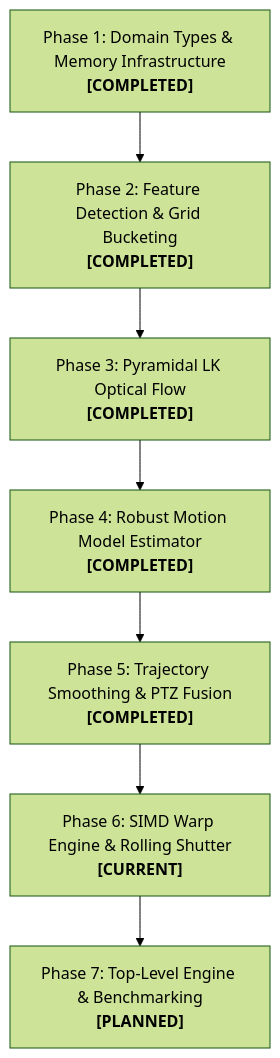
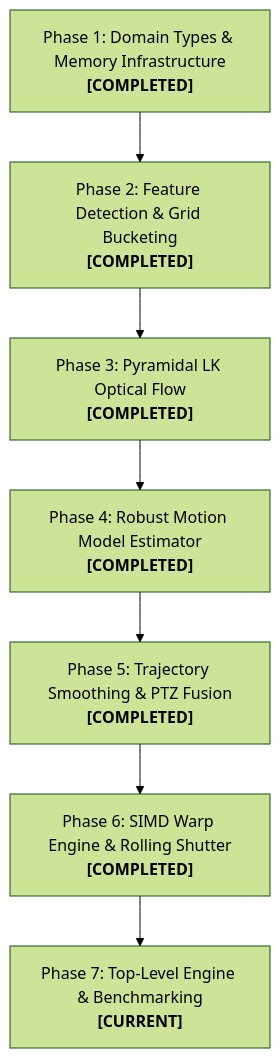
The third of 3 diagrams in docs/stabilizer_implementation_plan.md (svagionitis/PelcoD-Controller), drawn with Mermaid (forest theme) before and after one commit. The commit also changed other lines of this file and 6 other files, not shown here.

First line of the commit message:
feat(stabilizer): add SIMD warp and RS correction

````diff
--- a/docs/stabilizer_implementation_plan.md
+++ b/docs/stabilizer_implementation_plan.md
@@ -345,9 +345,9 @@
 ```mermaid
 flowchart TD
     P1["Phase 1: Domain Types & Memory Infrastructure<br/><b>[COMPLETED]</b>"] --> P2["Phase 2: Feature Detection & Grid Bucketing<br/><b>[COMPLETED]</b>"]
     P2 --> P3["Phase 3: Pyramidal LK Optical Flow<br/><b>[COMPLETED]</b>"]
     P3 --> P4["Phase 4: Robust Motion Model Estimator<br/><b>[COMPLETED]</b>"]
     P4 --> P5["Phase 5: Trajectory Smoothing & PTZ Fusion<br/><b>[COMPLETED]</b>"]
-    P5 --> P6["Phase 6: SIMD Warp Engine & Rolling Shutter<br/><b>[CURRENT]</b>"]
-    P6 --> P7["Phase 7: Top-Level Engine & Benchmarking<br/><b>[PLANNED]</b>"]
+    P5 --> P6["Phase 6: SIMD Warp Engine & Rolling Shutter<br/><b>[COMPLETED]</b>"]
+    P6 --> P7["Phase 7: Top-Level Engine & Benchmarking<br/><b>[CURRENT]</b>"]
 ```
````
